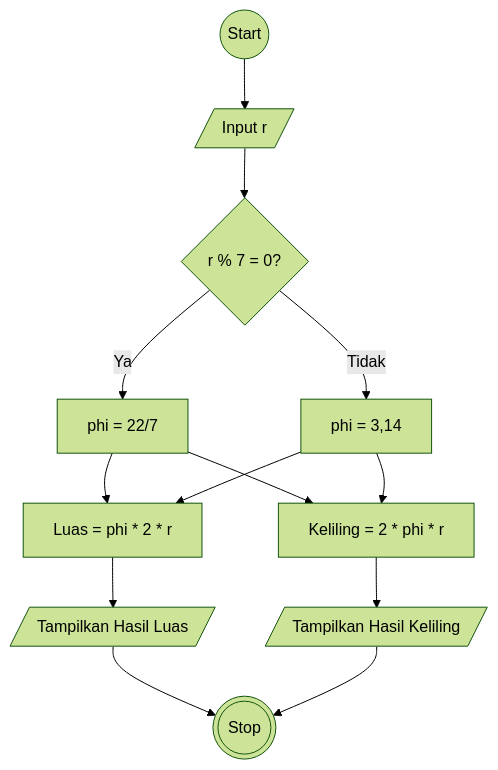
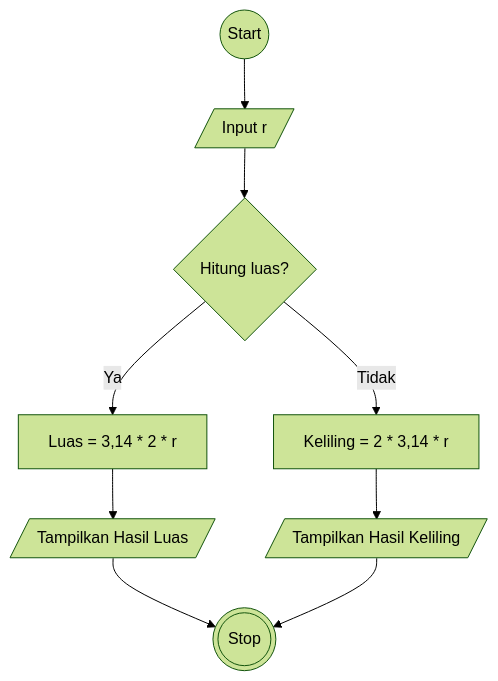
Before and after one commit to rizallk/koda-b1-algoritm: the diagram in koda-b1-algoritm-luas-dan-keliling-lingkaran.md, drawn with Mermaid (forest theme). The commit also changed other lines of this file, not shown here.

Commit message:
Update flowchart

````diff
--- a/koda-b1-algoritm-luas-dan-keliling-lingkaran.md
+++ b/koda-b1-algoritm-luas-dan-keliling-lingkaran.md
@@ -19,22 +17,16 @@
 ``` mermaid
 flowchart TD
   1@{ shape: circle, label: "Start" } -->
 
   2[/Input r/] -->
 
-  3{r % 7 = 0?}
-  3 --> |Ya| 4[phi = 22/7]
-  3 --> |Tidak| 5[phi = 3,14]
+  3{Hitung luas?}
+  3 --> |Ya| 4[Luas = 3,14 * 2 * r]
+  3 --> |Tidak| 5[Keliling = 2 * 3,14 * r]
 
-  4 --> 6[Luas = phi * 2 * r]
-  4 --> 7[Keliling = 7 * phi * r]
+  4 --> 6[/Tampilkan Hasil Luas/]
+  5 --> 7[/Tampilkan Hasil Keliling/]
 
-  5 --> 6[Luas = phi * 2 * r]
-  5 --> 7[Keliling = 2 * phi * r]
-
-  6 --> 8[/Tampilkan Hasil Luas/]
-  7 --> 9[/Tampilkan Hasil Keliling/]
-
-  8 --> 10@{ shape: dbl-circ, label: "Stop" }
-  9 --> 10@{ shape: dbl-circ, label: "Stop" }
+  6 --> 8@{ shape: dbl-circ, label: "Stop" }
+  7 --> 8@{ shape: dbl-circ, label: "Stop" }
 ```
````
